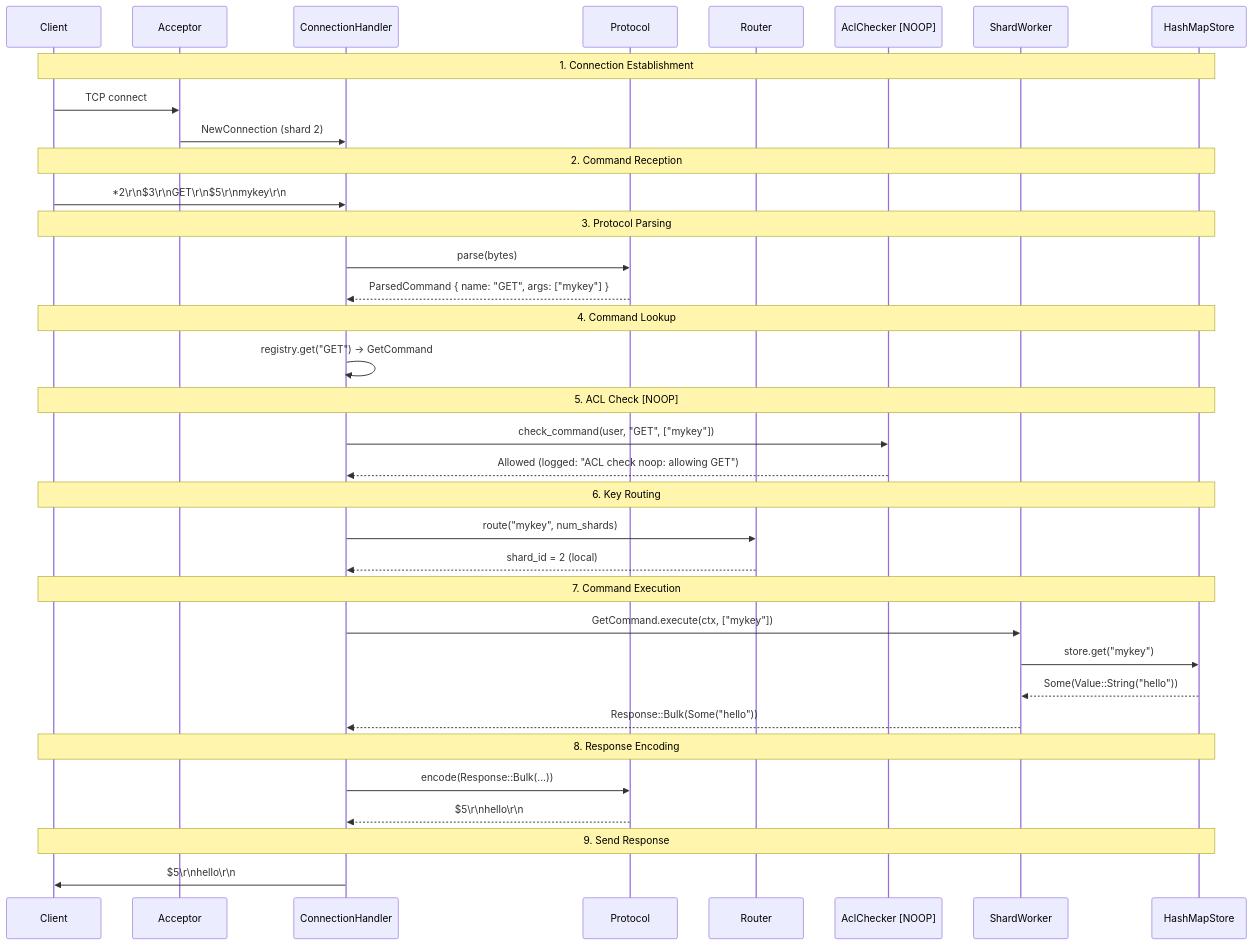
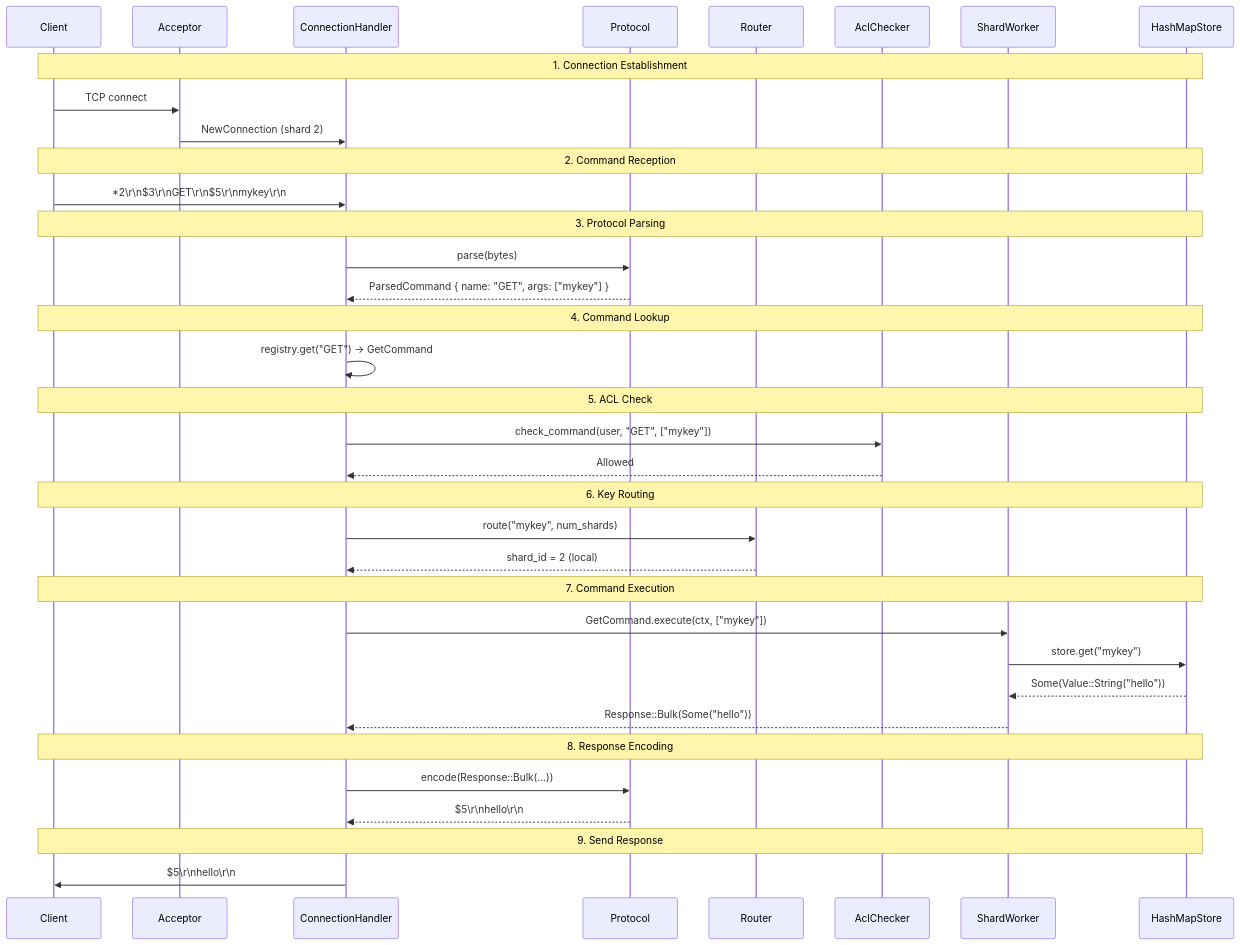
One commit to frogdb/frogdb changed the fourth of 4 diagrams in spec/ARCHITECTURE.md. Above: the diagram before and after it, drawn with Mermaid. The commit also changed other lines of this file and 13 other files, not shown here.

````diff
--- a/spec/ARCHITECTURE.md
+++ b/spec/ARCHITECTURE.md
@@ -397,46 +401,46 @@
 ```mermaid
 sequenceDiagram
     participant Client
     participant Acceptor
     participant Handler as ConnectionHandler
     participant Protocol
     participant Router
-    participant ACL as AclChecker [NOOP]
+    participant ACL as AclChecker
     participant Worker as ShardWorker
     participant Store as HashMapStore
 
     Note over Client,Store: 1. Connection Establishment
     Client->>Acceptor: TCP connect
     Acceptor->>Handler: NewConnection (shard 2)
 
     Note over Client,Store: 2. Command Reception
     Client->>Handler: *2\r\n$3\r\nGET\r\n$5\r\nmykey\r\n
 
     Note over Client,Store: 3. Protocol Parsing
     Handler->>Protocol: parse(bytes)
     Protocol-->>Handler: ParsedCommand { name: "GET", args: ["mykey"] }
 
     Note over Client,Store: 4. Command Lookup
     Handler->>Handler: registry.get("GET") → GetCommand
 
-    Note over Client,Store: 5. ACL Check [NOOP]
+    Note over Client,Store: 5. ACL Check
     Handler->>ACL: check_command(user, "GET", ["mykey"])
-    ACL-->>Handler: Allowed (logged: "ACL check noop: allowing GET")
+    ACL-->>Handler: Allowed
 
     Note over Client,Store: 6. Key Routing
     Handler->>Router: route("mykey", num_shards)
     Router-->>Handler: shard_id = 2 (local)
 
     Note over Client,Store: 7. Command Execution
     Handler->>Worker: GetCommand.execute(ctx, ["mykey"])
     Worker->>Store: store.get("mykey")
     Store-->>Worker: Some(Value::String("hello"))
     Worker-->>Handler: Response::Bulk(Some("hello"))
 
     Note over Client,Store: 8. Response Encoding
     Handler->>Protocol: encode(Response::Bulk(...))
     Protocol-->>Handler: $5\r\nhello\r\n
 
     Note over Client,Store: 9. Send Response
     Handler->>Client: $5\r\nhello\r\n
 ```
````
